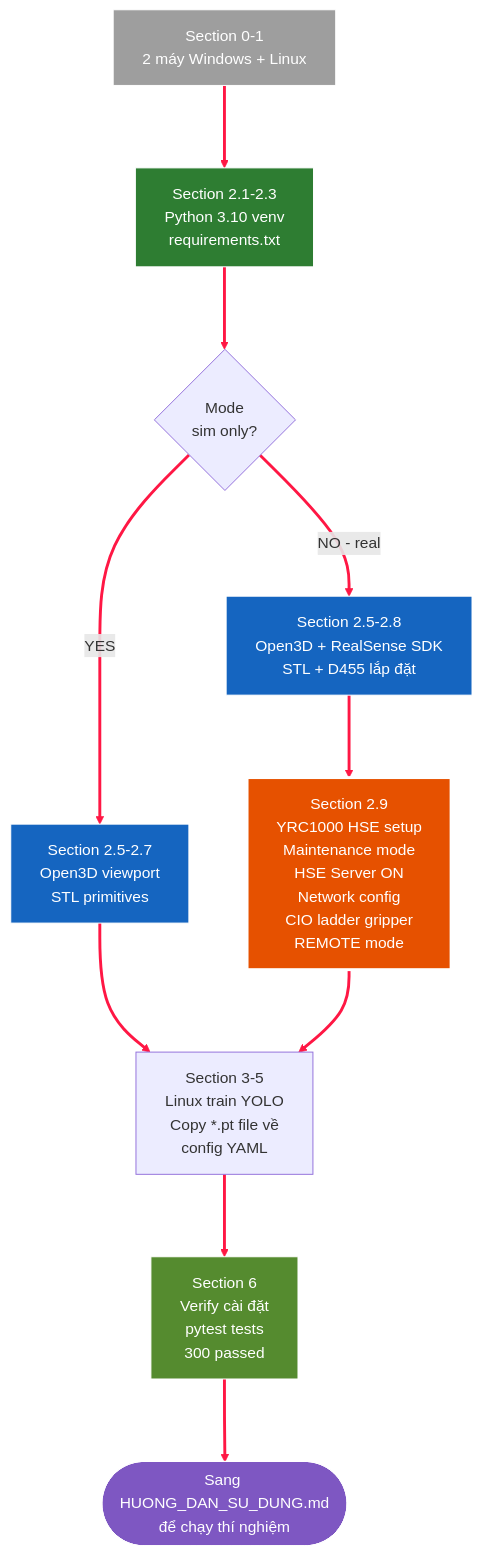
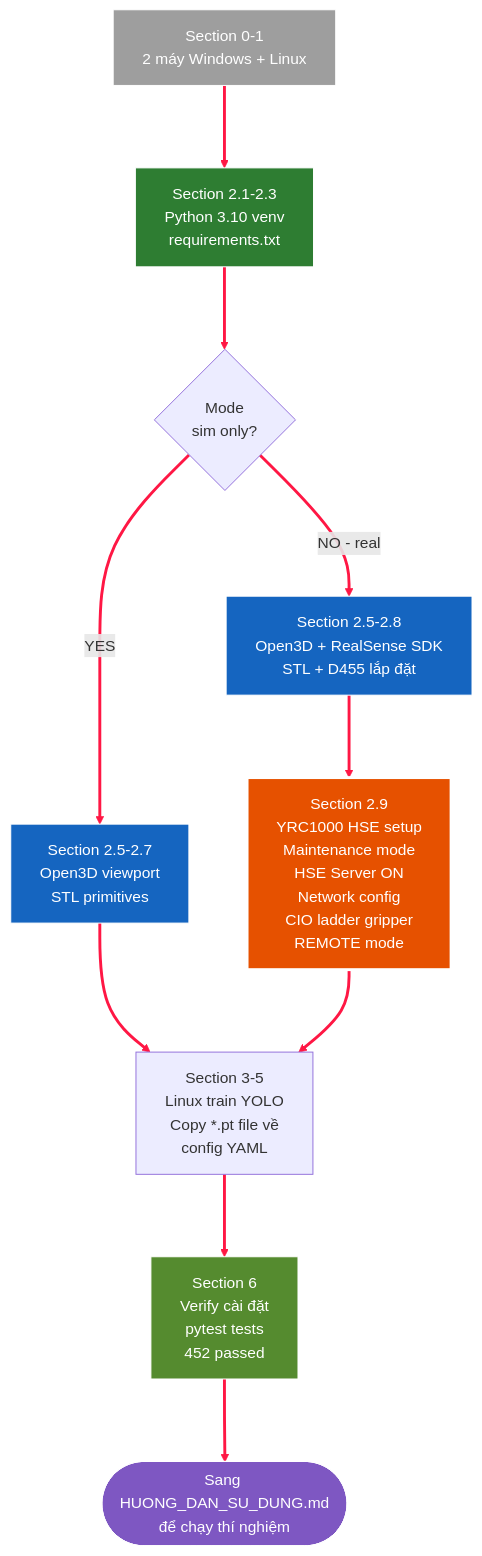
One commit to manhhv87/DTwinGP7 changed the diagram in docs/HUONG_DAN_CAI_DAT.md. Above: the diagram before and after it, drawn with Mermaid. The commit also changed other lines of this file and 67 other files, not shown here.

First line of the commit message:
@ docs: rà soát toàn bộ tài liệu + dọn figure; checkpoint INFORM/GUI

````diff
--- a/docs/HUONG_DAN_CAI_DAT.md
+++ b/docs/HUONG_DAN_CAI_DAT.md
@@ -17,22 +17,22 @@
 ```mermaid
 %%{init: {'flowchart': {'nodeSpacing': 60, 'rankSpacing': 85, 'useMaxWidth': false}}}%%
 flowchart TB
     S0[Section 0-1<br/>2 máy Windows + Linux] --> S1[Section 2.1-2.3<br/>Python 3.10 venv<br/>requirements.txt]
     S1 --> Q1{Mode<br/>sim only?}
     Q1 -->|YES| S2A[Section 2.5-2.7<br/>Open3D viewport<br/>STL primitives]
     Q1 -->|NO - real| S2B[Section 2.5-2.8<br/>Open3D + RealSense SDK<br/>STL + D455 lắp đặt]
     S2B --> S3[Section 2.9<br/>YRC1000 HSE setup<br/>Maintenance mode<br/>HSE Server ON<br/>Network config<br/>CIO ladder gripper<br/>REMOTE mode]
     S2A --> S4[Section 3-5<br/>Linux train YOLO<br/>Copy *.pt file về<br/>config YAML]
     S3 --> S4
-    S4 --> S5[Section 6<br/>Verify cài đặt<br/>pytest tests<br/>300 passed]
+    S4 --> S5[Section 6<br/>Verify cài đặt<br/>pytest tests<br/>452 passed]
     S5 --> DONE([Sang HUONG_DAN_SU_DUNG.md<br/>để chạy thí nghiệm])
 
     style S0 fill:#9E9E9E,stroke:#fff,color:#fff
     style S1 fill:#2E7D32,stroke:#fff,color:#fff
     style S2A fill:#1565C0,stroke:#fff,color:#fff
     style S2B fill:#1565C0,stroke:#fff,color:#fff
     style S3 fill:#E65100,stroke:#fff,stroke-width:3px,color:#fff
     style S5 fill:#558B2F,stroke:#fff,color:#fff
     style DONE fill:#7E57C2,stroke:#fff,color:#fff
     linkStyle default stroke:#FF1744,stroke-width:3px
 ```
````
